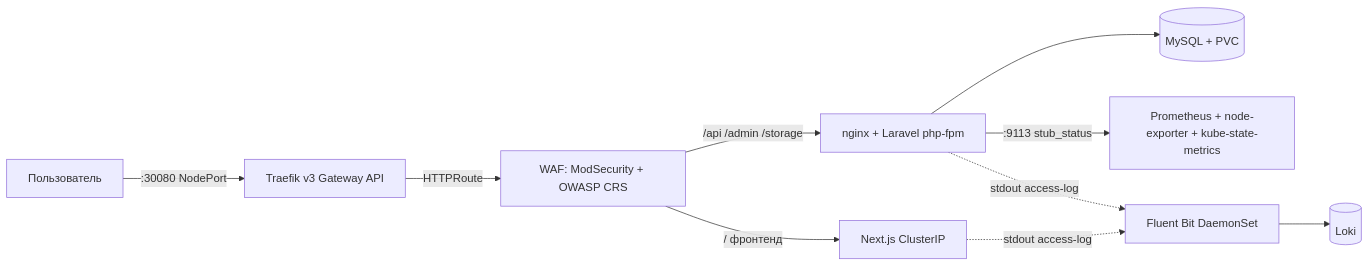
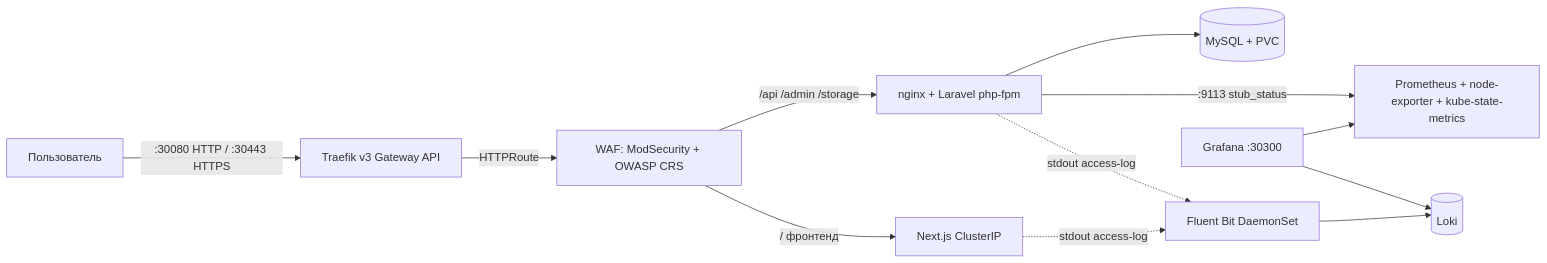
Before and after one commit to Beasbe/khakaton_MTS: the diagram in docs/README.md, drawn with Mermaid. The commit also changed other lines of this file and 18 other files, not shown here.

First line of the commit message:
feat: Grafana (3 дашборда, Prometheus+Loki), HTTPS на Gateway (самоподписанный TLS)

````diff
--- a/docs/README.md
+++ b/docs/README.md
@@ -27,11 +27,13 @@
 ```mermaid
 flowchart LR
-    U[Пользователь] -->|:30080 NodePort| G[Traefik v3 Gateway API]
+    U[Пользователь] -->|:30080 HTTP / :30443 HTTPS| G[Traefik v3 Gateway API]
     G -->|HTTPRoute| WAF[WAF: ModSecurity + OWASP CRS]
     WAF -->|"/api /admin /storage"| NX[nginx + Laravel php-fpm]
     WAF -->|"/ фронтенд"| FE[Next.js ClusterIP]
     NX --> DB[(MySQL + PVC)]
     NX -->|:9113 stub_status| P[Prometheus + node-exporter + kube-state-metrics]
+    GF[Grafana :30300] --> P
+    GF --> L[(Loki)]
     NX -.->|stdout access-log| FB[Fluent Bit DaemonSet] --> L[(Loki)]
     FE -.->|stdout access-log| FB
 ```
````
